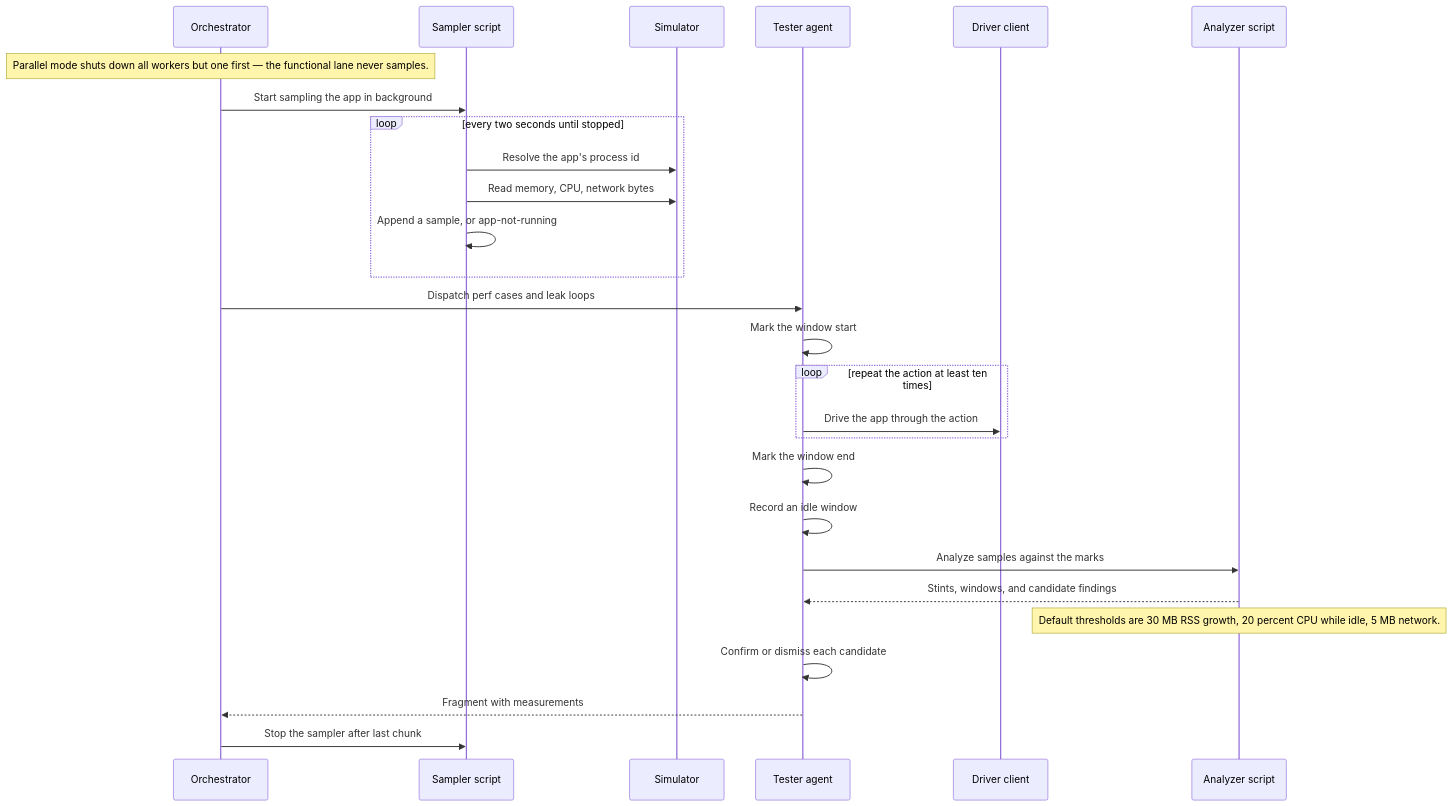
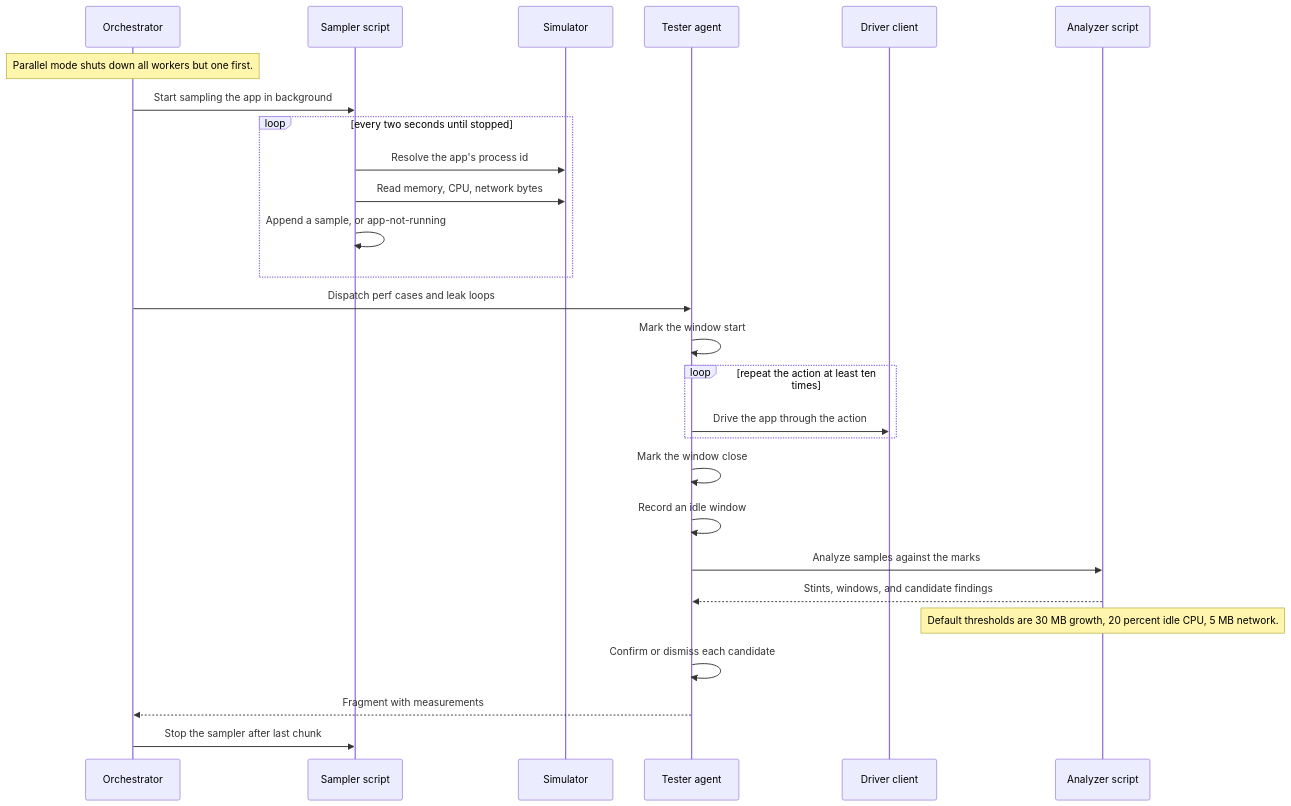
Before and after one commit to peterlit/quiller-claude-plugins: diagram 19 of 33 in docs/architecture/qa-loop-tools.md, drawn with Mermaid. The commit also changed other lines of this file and 5 other files, not shown here.

````diff
--- a/docs/architecture/qa-loop-tools.md
+++ b/docs/architecture/qa-loop-tools.md
@@ -619,29 +862,29 @@
 ```mermaid
 sequenceDiagram
     participant O as Orchestrator
     participant SM as Sampler script
     participant SIM as Simulator
     participant T as Tester agent
     participant DC as Driver client
     participant A as Analyzer script
-    Note over O: Parallel mode shuts down all workers but one first — the functional lane never samples.
+    Note over O: Parallel mode shuts down all workers but one first.
     O->>SM: Start sampling the app in background
     loop every two seconds until stopped
         SM->>SIM: Resolve the app's process id
         SM->>SIM: Read memory, CPU, network bytes
         SM->>SM: Append a sample, or app-not-running
     end
     O->>T: Dispatch perf cases and leak loops
     T->>T: Mark the window start
     loop repeat the action at least ten times
         T->>DC: Drive the app through the action
     end
-    T->>T: Mark the window end
+    T->>T: Mark the window close
     T->>T: Record an idle window
     T->>A: Analyze samples against the marks
     A-->>T: Stints, windows, and candidate findings
-    Note over A: Default thresholds are 30 MB RSS growth, 20 percent CPU while idle, 5 MB network.
+    Note over A: Default thresholds are 30 MB growth, 20 percent idle CPU, 5 MB network.
     T->>T: Confirm or dismiss each candidate
     T-->>O: Fragment with measurements
     O->>SM: Stop the sampler after last chunk
 ```
````
